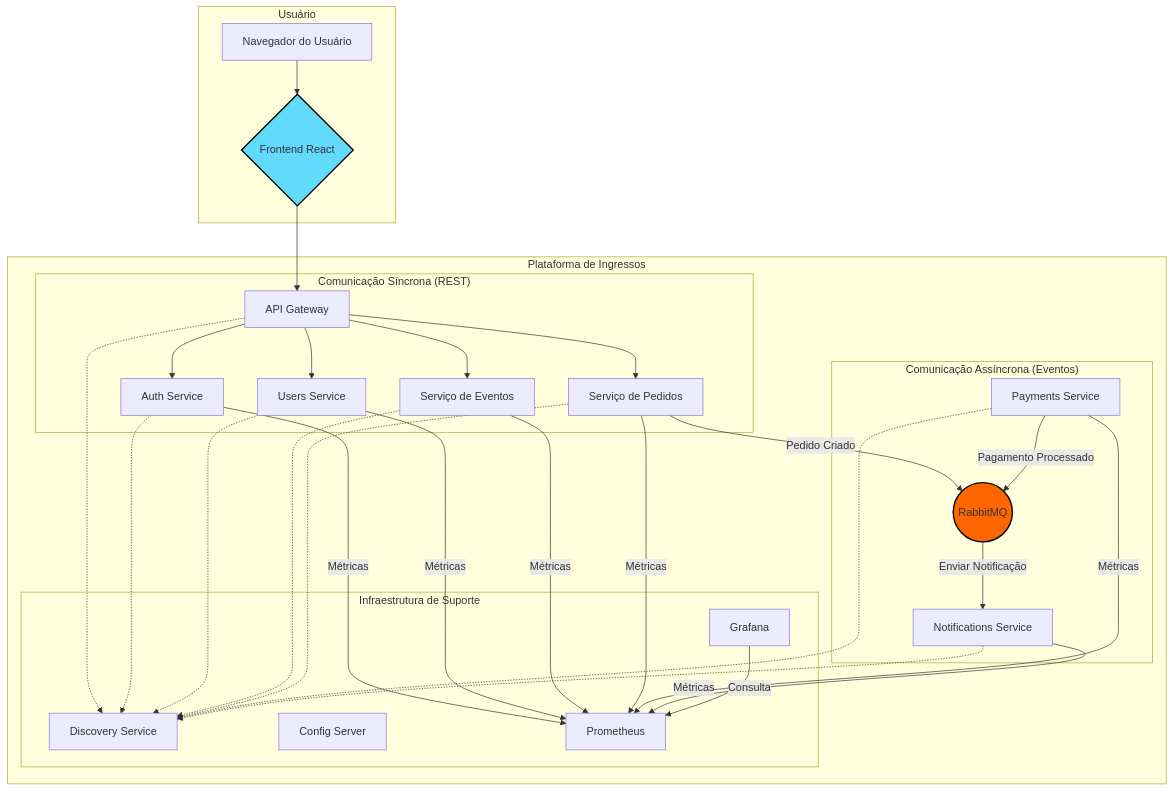
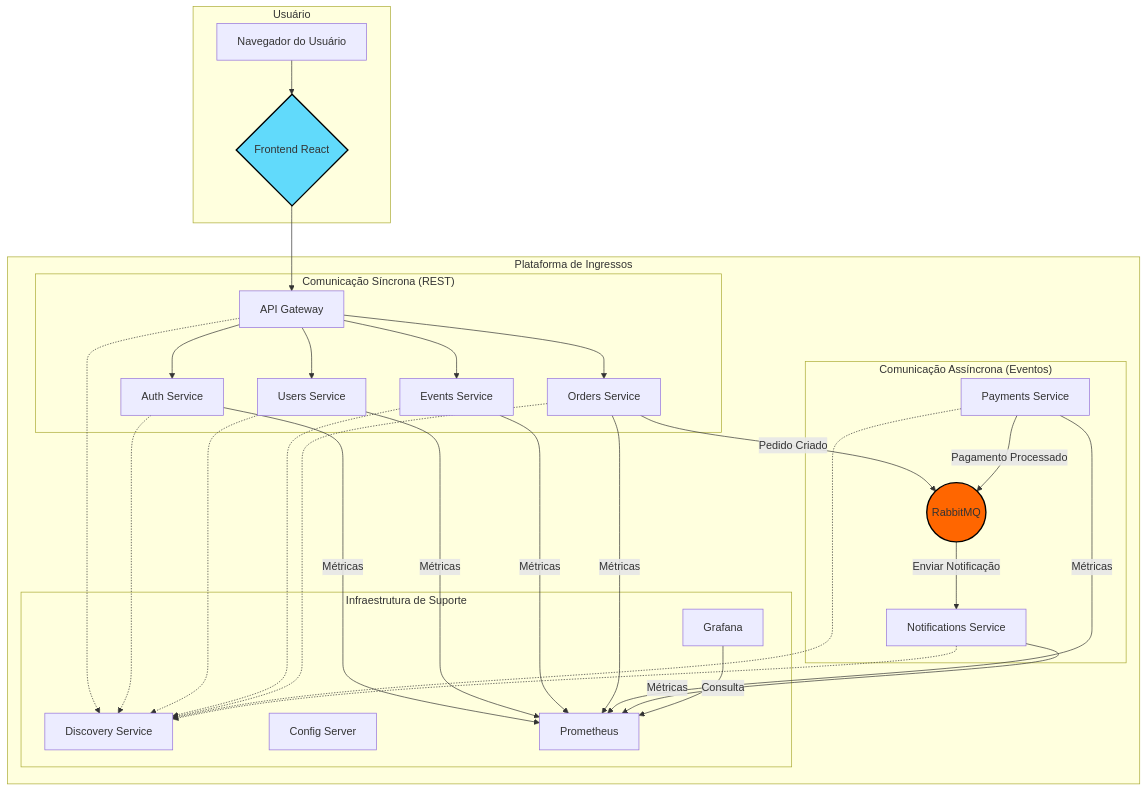
One commit to guilhermeariza/ticket-system changed the first of 2 diagrams in README.md. Above: the diagram before and after it, drawn with Mermaid. The commit also changed other lines of this file and 1 other file, not shown here.

````diff
--- a/README.md
+++ b/README.md
@@ -13,50 +13,50 @@
 ```mermaid
 graph TD
     subgraph Usuário
         A[Navegador do Usuário] --> B{Frontend React}
     end
 
     subgraph "Plataforma de Ingressos"
         B --> C[API Gateway]
 
         subgraph "Comunicação Síncrona (REST)"
             C --> D[Auth Service]
             C --> E[Users Service]
-            C --> F[Serviço de Eventos]
-            C --> G[Serviço de Pedidos]
+            C --> F[Events Service]
+            C --> G[Orders Service]
         end
 
         subgraph "Comunicação Assíncrona (Eventos)"
             G -- Pedido Criado --> H((RabbitMQ))
             I[Payments Service] -- Pagamento Processado --> H
             H -- Enviar Notificação --> J[Notifications Service]
         end
 
         subgraph "Infraestrutura de Suporte"
             K[Discovery Service]
             L[Config Server]
             M[Prometheus]
             N[Grafana]
         end
 
         C -.-> K
         D -.-> K
         E -.-> K
         F -.-> K
         G -.-> K
         I -.-> K
         J -.-> K
 
         D -- Métricas --> M
         E -- Métricas --> M
         F -- Métricas --> M
         G -- Métricas --> M
         I -- Métricas --> M
         J -- Métricas --> M
 
         N -- Consulta --> M
     end
 
     style B fill:#61DAFB,stroke:#000,stroke-width:2px
     style H fill:#FF6600,stroke:#000,stroke-width:2px
 ```
````
